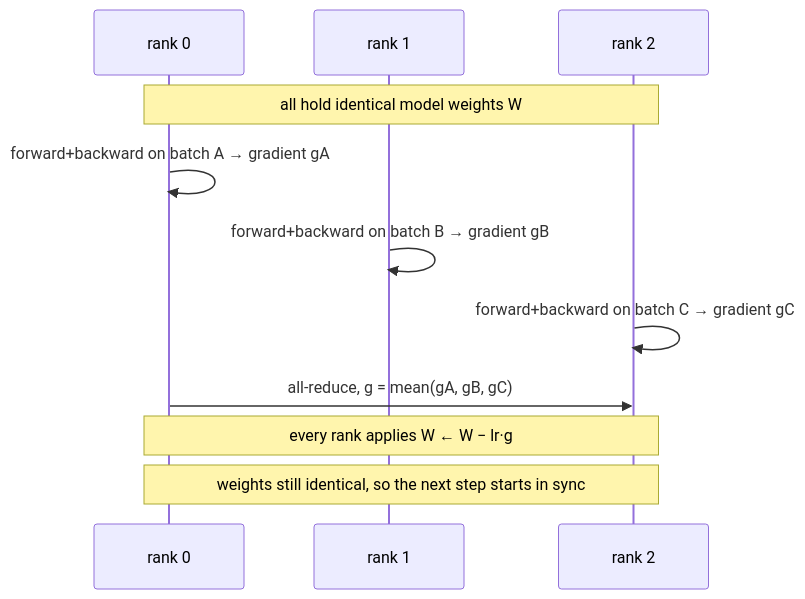
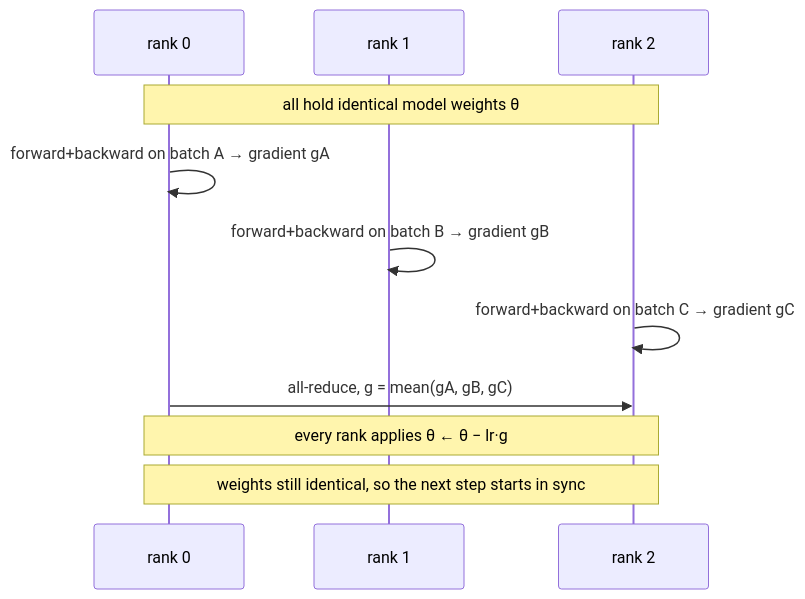
One commit to rahuldave/distrainer changed the fourth of 11 diagrams in docs/introduction.md. Above: the diagram before and after it, drawn with Mermaid. The commit also changed other lines of this file and 2 other files, not shown here.

First line of the commit message:
Docs: introduce W (blocks per segment) before use; weights are θ, not W

````diff
--- a/docs/introduction.md
+++ b/docs/introduction.md
@@ -104,13 +104,13 @@
 ```mermaid
 sequenceDiagram
   participant R0 as rank 0
   participant R1 as rank 1
   participant R2 as rank 2
-  Note over R0,R2: all hold identical model weights W
+  Note over R0,R2: all hold identical model weights θ
   R0->>R0: forward+backward on batch A → gradient gA
   R1->>R1: forward+backward on batch B → gradient gB
   R2->>R2: forward+backward on batch C → gradient gC
   R0->>R2: all-reduce, g = mean(gA, gB, gC)
-  Note over R0,R2: every rank applies W ← W − lr·g
+  Note over R0,R2: every rank applies θ ← θ − lr·g
   Note over R0,R2: weights still identical, so the next step starts in sync
 ```
````
